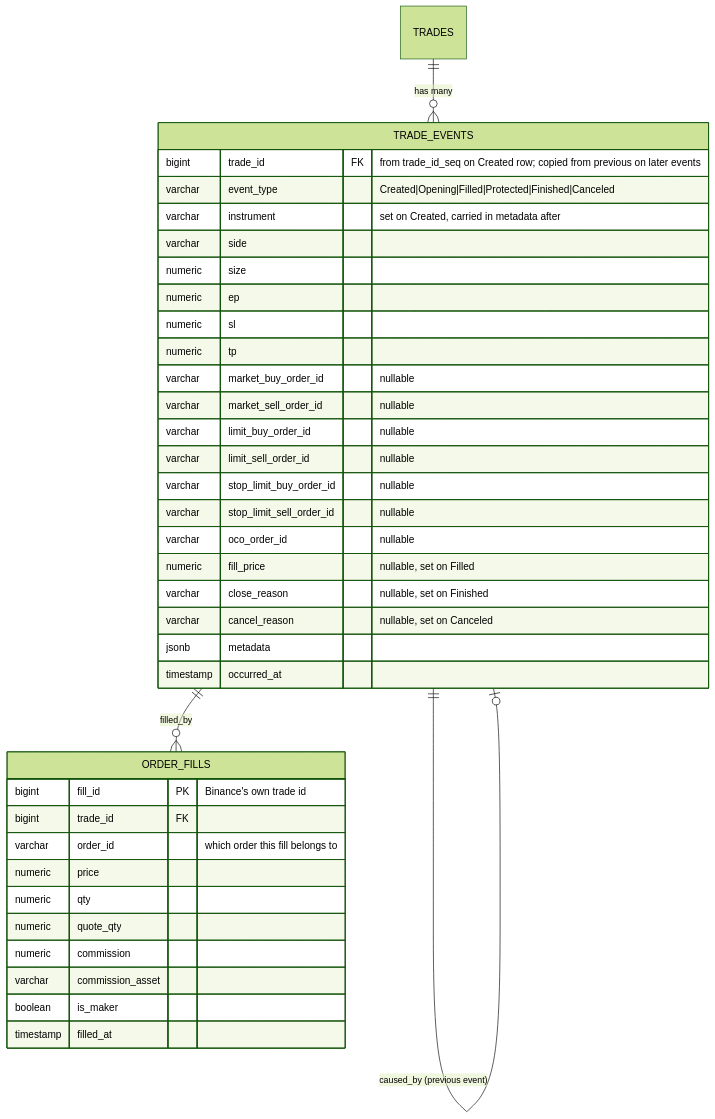
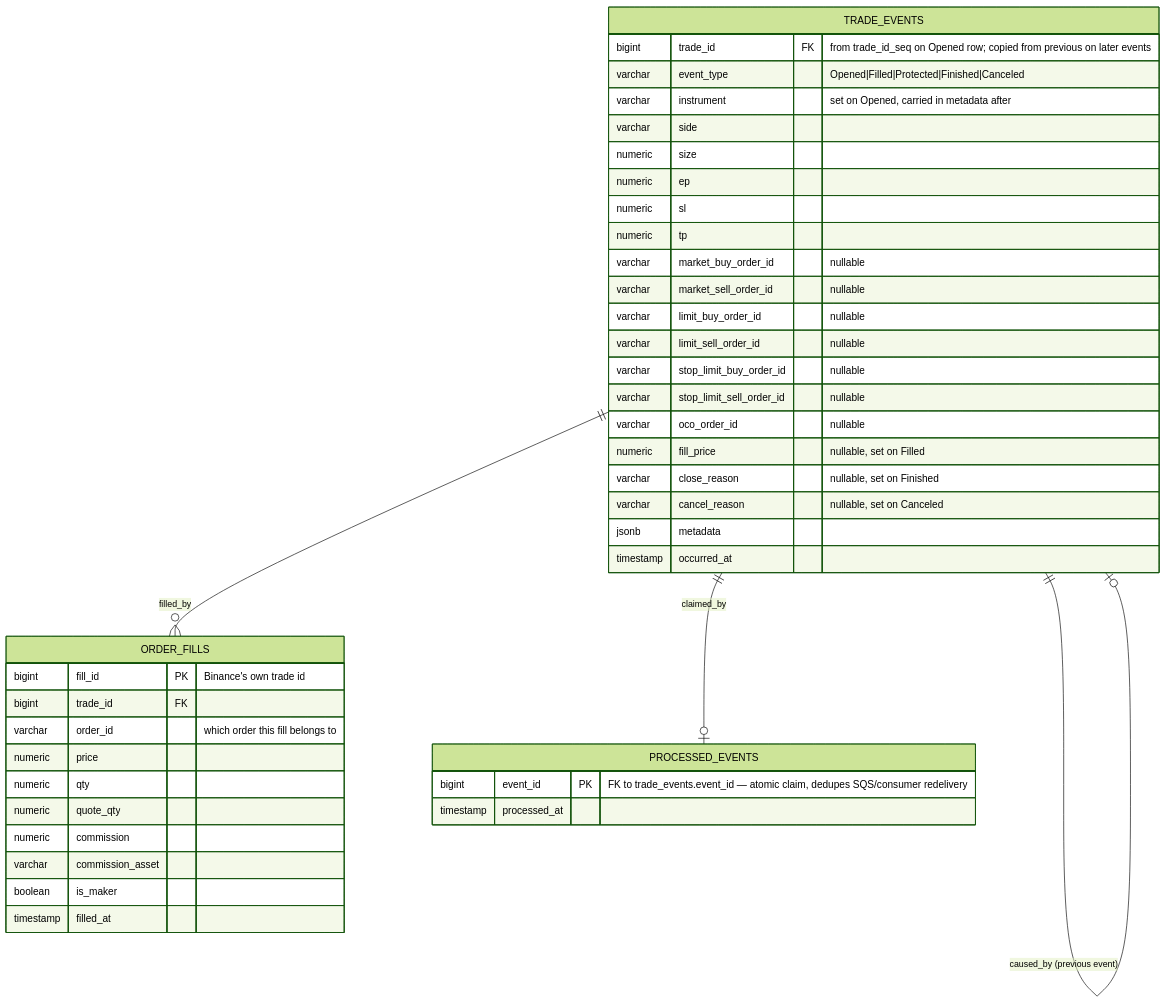
The diagram in Arch/EdgeTrader/TradesEventSourcingER.md (Andy11011/EDGEngine), drawn with Mermaid (forest theme) before and after one commit. The commit also changed 2 other files, not shown here.

Commit message:
Implementing new Main Control Flow - 5

````diff
--- a/Arch/EdgeTrader/TradesEventSourcingER.md
+++ b/Arch/EdgeTrader/TradesEventSourcingER.md
@@ -1,43 +1,49 @@
 ```mermaid
 erDiagram
-    TRADES ||--o{ TRADE_EVENTS : "has many"
     TRADE_EVENTS ||--o| TRADE_EVENTS : "caused_by (previous event)"
 
     TRADE_EVENTS {
-        bigint trade_id FK "from trade_id_seq on Created row; copied from previous on later events"
-        varchar event_type "Created|Opening|Filled|Protected|Finished|Canceled"
-        varchar instrument "set on Created, carried in metadata after"
+        bigint trade_id FK "from trade_id_seq on Opened row; copied from previous on later events"
+        varchar event_type "Opened|Filled|Protected|Finished|Canceled"
+        varchar instrument "set on Opened, carried in metadata after"
         varchar side
         numeric size
         numeric ep
         numeric sl
         numeric tp
         varchar market_buy_order_id "nullable"
         varchar market_sell_order_id "nullable"
         varchar limit_buy_order_id "nullable"
         varchar limit_sell_order_id "nullable"
         varchar stop_limit_buy_order_id "nullable"
         varchar stop_limit_sell_order_id "nullable"
         varchar oco_order_id "nullable"
         numeric fill_price "nullable, set on Filled"
         varchar close_reason "nullable, set on Finished"
         varchar cancel_reason "nullable, set on Canceled"
         jsonb metadata
         timestamp occurred_at
     }
 
     TRADE_EVENTS ||--o{ ORDER_FILLS : "filled_by"
 
     ORDER_FILLS {
         bigint fill_id PK "Binance's own trade id"
         bigint trade_id FK
         varchar order_id "which order this fill belongs to"
         numeric price
         numeric qty
         numeric quote_qty
         numeric commission
         varchar commission_asset
         boolean is_maker
         timestamp filled_at
     }
+
+    TRADE_EVENTS ||--o| PROCESSED_EVENTS : "claimed_by"
+
+    PROCESSED_EVENTS {
+        bigint event_id PK "FK to trade_events.event_id — atomic claim, dedupes SQS/consumer redelivery"
+        timestamp processed_at
+    }
 ```
````
